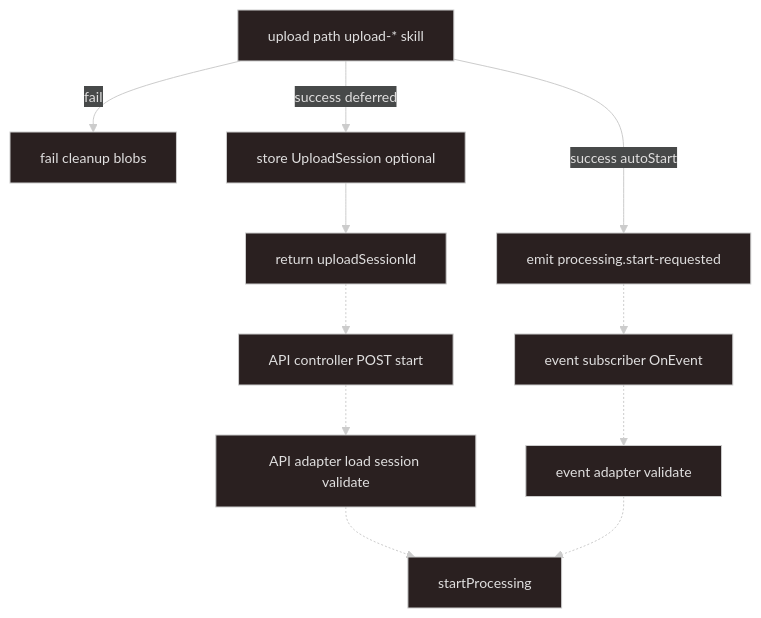
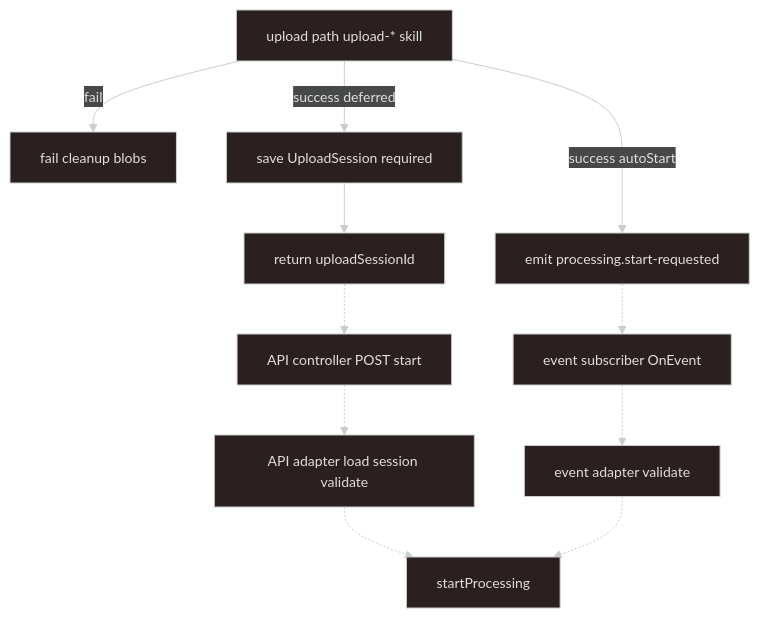
One commit to kyung-lee-official/turborepo-sandbox changed the diagram in .cursor/skills/import-upload-handoff/SKILL.md. Above: the diagram before and after it, drawn with Mermaid. The commit also changed other lines of this file, not shown here.

First line of the commit message:
wip (skills): refine import-upload-handoff contract with UploadSessionStore

````diff
--- a/.cursor/skills/import-upload-handoff/SKILL.md
+++ b/.cursor/skills/import-upload-handoff/SKILL.md
@@ -47,28 +47,28 @@
 ```mermaid
 ---
 config:
   theme: neo-dark
 ---
 flowchart TD
   upload["upload path upload-* skill"]
   fail["fail cleanup blobs"]
-  store["store UploadSession optional"]
+  store["save UploadSession required"]
   ret["return uploadSessionId"]
   emit["emit processing.start-requested"]
   apiCtrl["API controller POST start"]
   eventSub["event subscriber OnEvent"]
   apiAdp["API adapter load session validate"]
   eventAdp["event adapter validate"]
   boundary["startProcessing"]
 
   upload -->|fail| fail
   upload -->|success deferred| store
   store --> ret
   upload -->|success autoStart| emit
   ret -.-> apiCtrl
   emit -.-> eventSub
   apiCtrl -.-> apiAdp
   eventSub -.-> eventAdp
   apiAdp -.-> boundary
   eventAdp -.-> boundary
 ```
````
